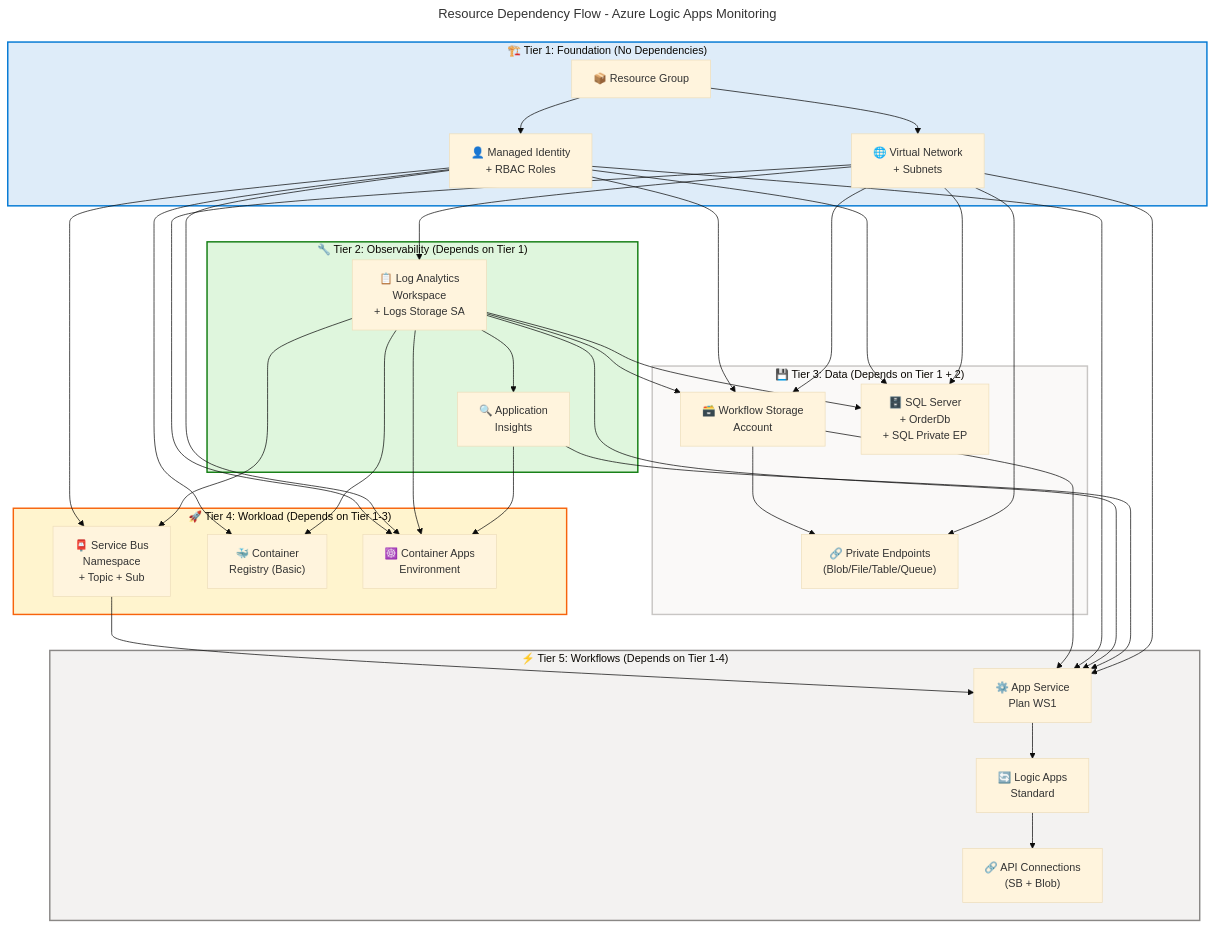
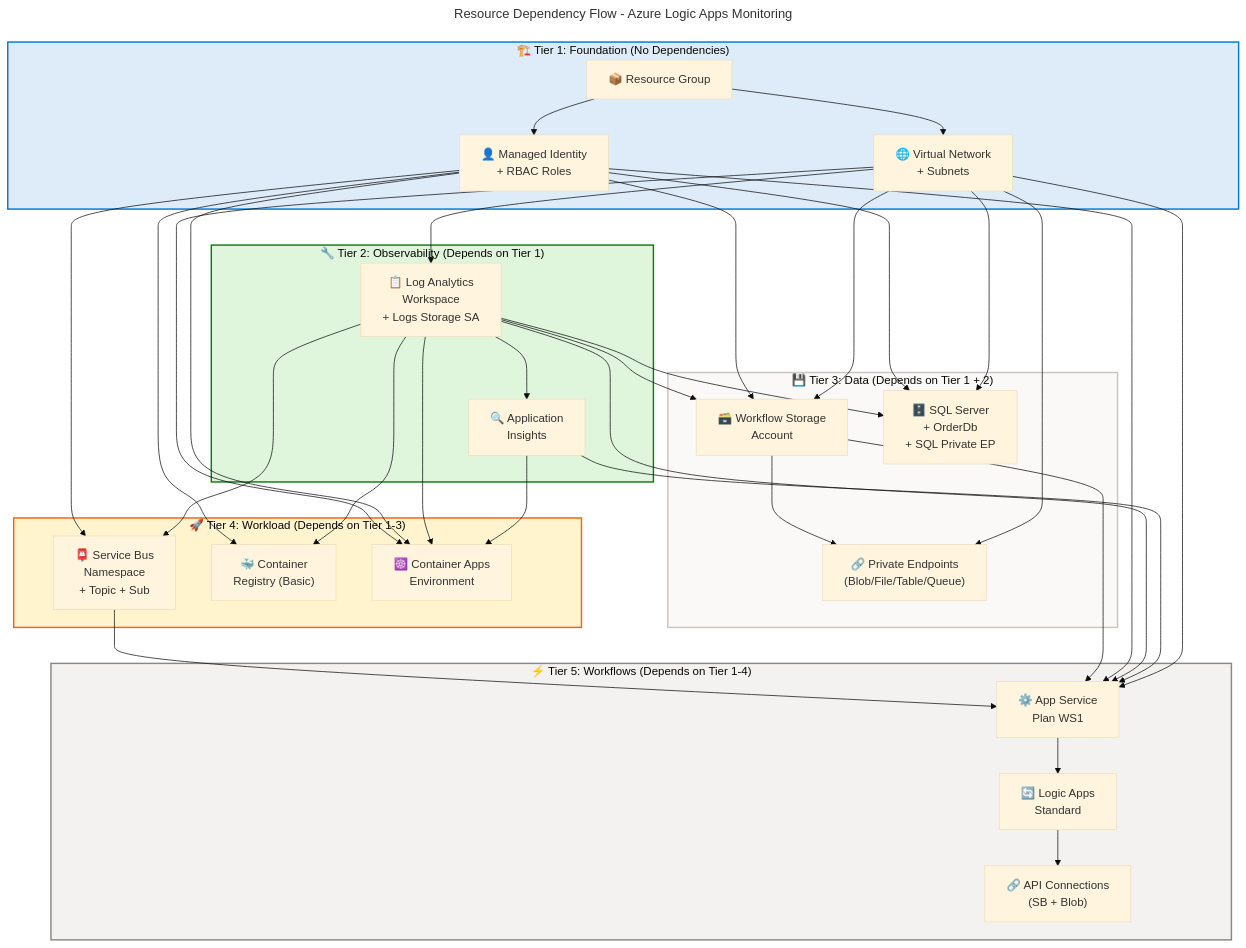
Before and after one commit to Evilazaro/Azure-LogicApps-Monitoring: the third of 3 diagrams in docs/architecture/Technology-Layer-Architecture.md, drawn with Mermaid. The commit also changed other lines of this file, not shown here.

Commit message:
docs: update mermaid diagram titles and enhance accessibility features for clarity

````diff
--- a/docs/architecture/Technology-Layer-Architecture.md
+++ b/docs/architecture/Technology-Layer-Architecture.md
@@ -761,14 +769,21 @@
 ```mermaid
 ---
-title: Resource Dependency Flow - Azure Logic Apps Monitoring
+title: "Resource Dependency Flow - Azure Logic Apps Monitoring"
 config:
   theme: base
   themeVariables:
-    fontSize: '15px'
+    fontSize: '16px'
+  flowchart:
+    htmlLabels: false
 ---
 flowchart TD
     accTitle: Resource Dependency Flow for Azure Logic Apps Monitoring deployment
     accDescr: Shows the sequential deployment dependency chain from network through to Logic Apps workflows
+
+    %% ═══════════════════════════════════════════════════════════════════════════
+    %% AZURE / FLUENT ARCHITECTURE PATTERN v1.1
+    %% (Semantic + Structural + Font + Accessibility Governance)
+    %% ═══════════════════════════════════════════════════════════════════════════
 
     subgraph Tier1["🏗️ Tier 1: Foundation (No Dependencies)"]
         RG["📦 Resource Group"]
````
